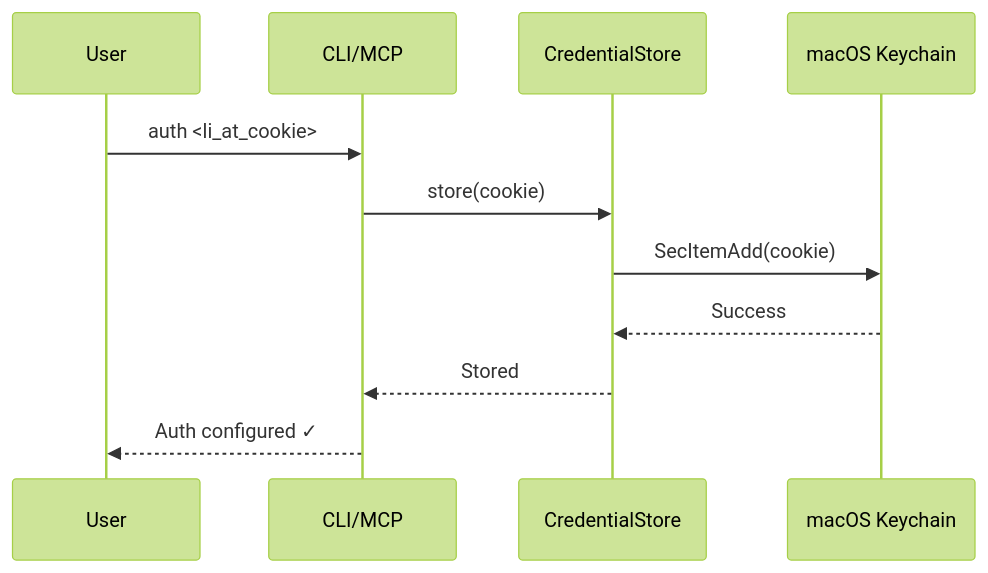
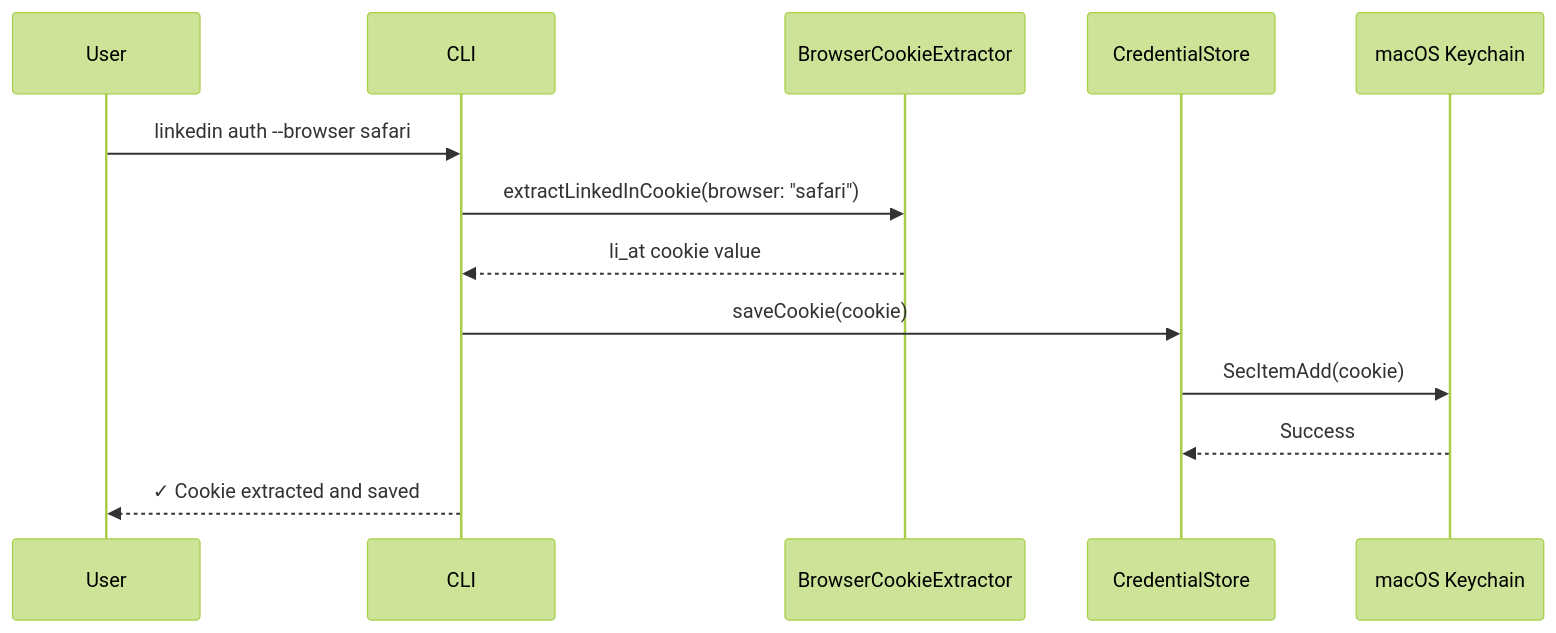
The fourth of 4 diagrams in docs/ARCHITECTURE.md (RyanLisse/LinkedFish), drawn with Mermaid (forest theme) before and after one commit. The commit also changed other lines of this file and 4 other files, not shown here.

````diff
--- a/docs/ARCHITECTURE.md
+++ b/docs/ARCHITECTURE.md
@@ -111,14 +246,16 @@
 ```mermaid
 sequenceDiagram
     participant U as User
-    participant C as CLI/MCP
+    participant C as CLI
+    participant B as BrowserCookieExtractor
     participant S as CredentialStore
     participant K as macOS Keychain
 
-    U->>C: auth <li_at_cookie>
-    C->>S: store(cookie)
+    U->>C: linkedin auth --browser safari
+    C->>B: extractLinkedInCookie(browser: "safari")
+    B-->>C: li_at cookie value
+    C->>S: saveCookie(cookie)
     S->>K: SecItemAdd(cookie)
     K-->>S: Success
-    S-->>C: Stored
-    C-->>U: Auth configured ✓
+    C-->>U: ✓ Cookie extracted and saved
 ```
````
